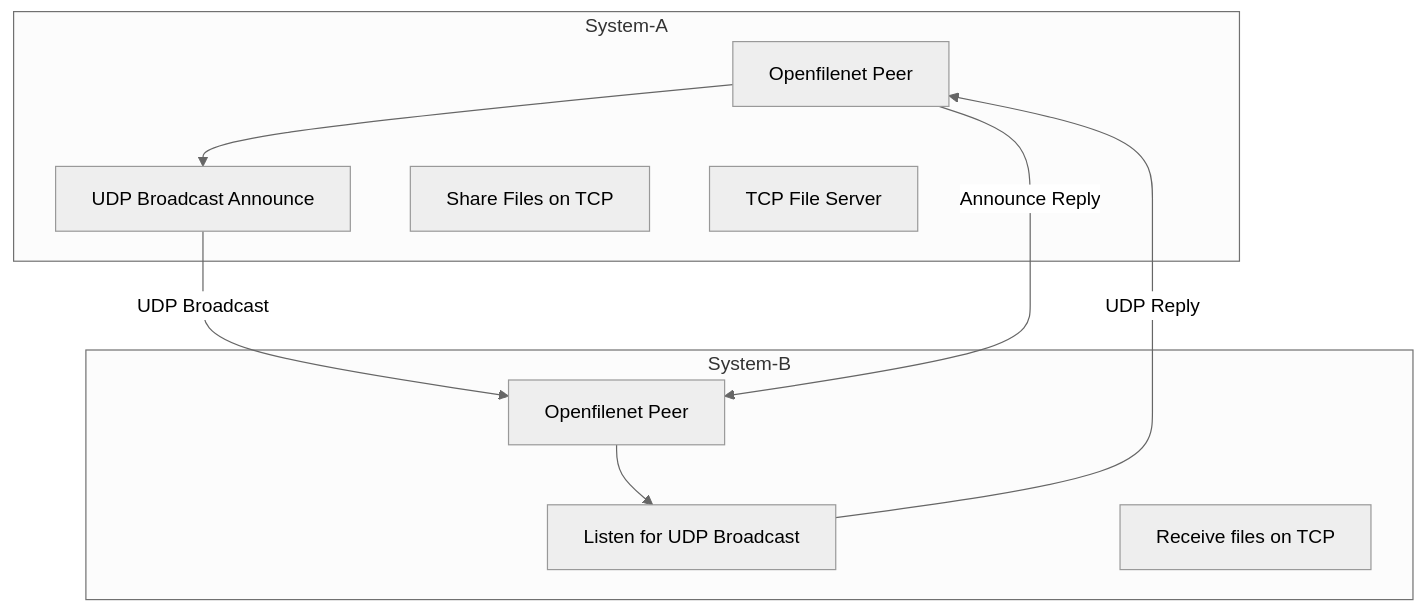
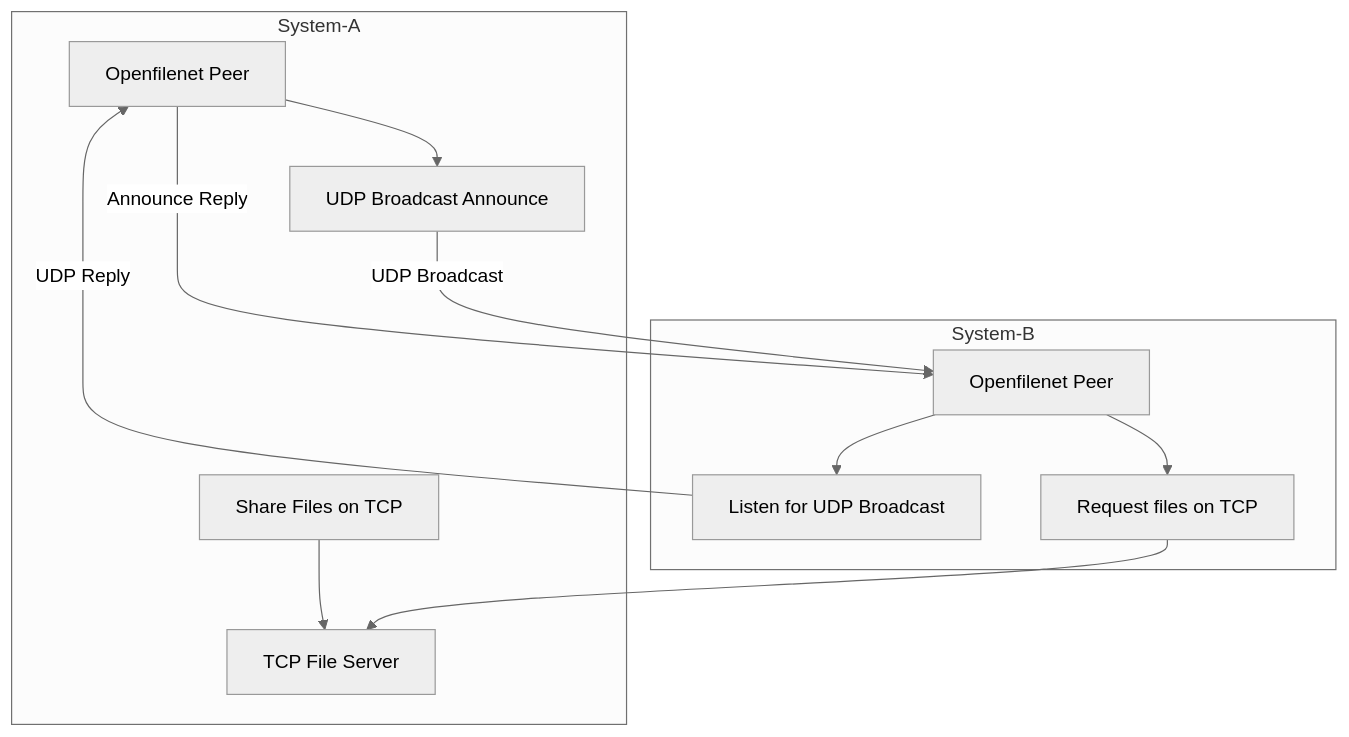
The diagram in README.md (vamsi-karnam/openfilenet), drawn with Mermaid (neutral theme) before and after one commit.

Commit message:
update flowchart

````diff
--- a/README.md
+++ b/README.md
@@ -44,23 +44,25 @@
 ```mermaid
 flowchart TD
 
 subgraph System-A
   P1[Openfilenet Peer]
   A1[UDP Broadcast Announce]
   A2[Share Files on TCP]
   A3[TCP File Server]
 end
 
 subgraph System-B
   P2[Openfilenet Peer]
   B1[Listen for UDP Broadcast]
-  B2[Receive files on TCP]
+  B2[Request files on TCP]
 end
 
 P1 --> A1
 A1 -- "UDP Broadcast" --> P2
 P2 --> B1
 B1 -- "UDP Reply" --> P1
 P1 -- "Announce Reply" --> P2
+P2 --> B2 --> A3
+A2 --> A3 
 
 ```
````
